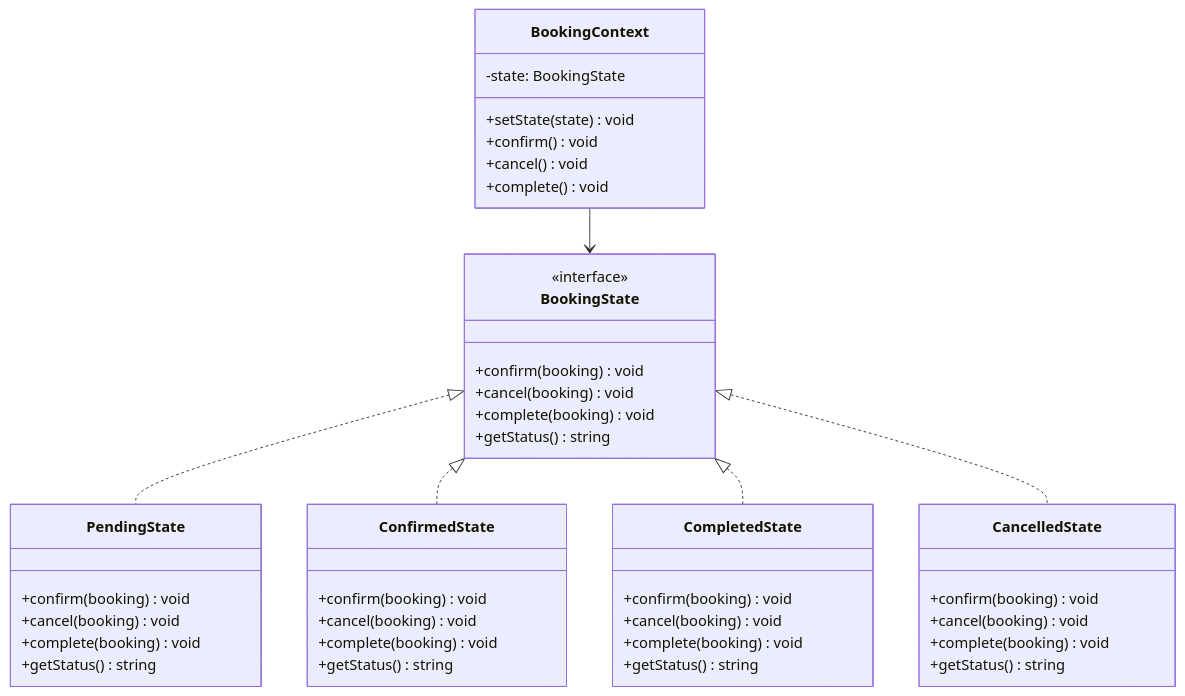
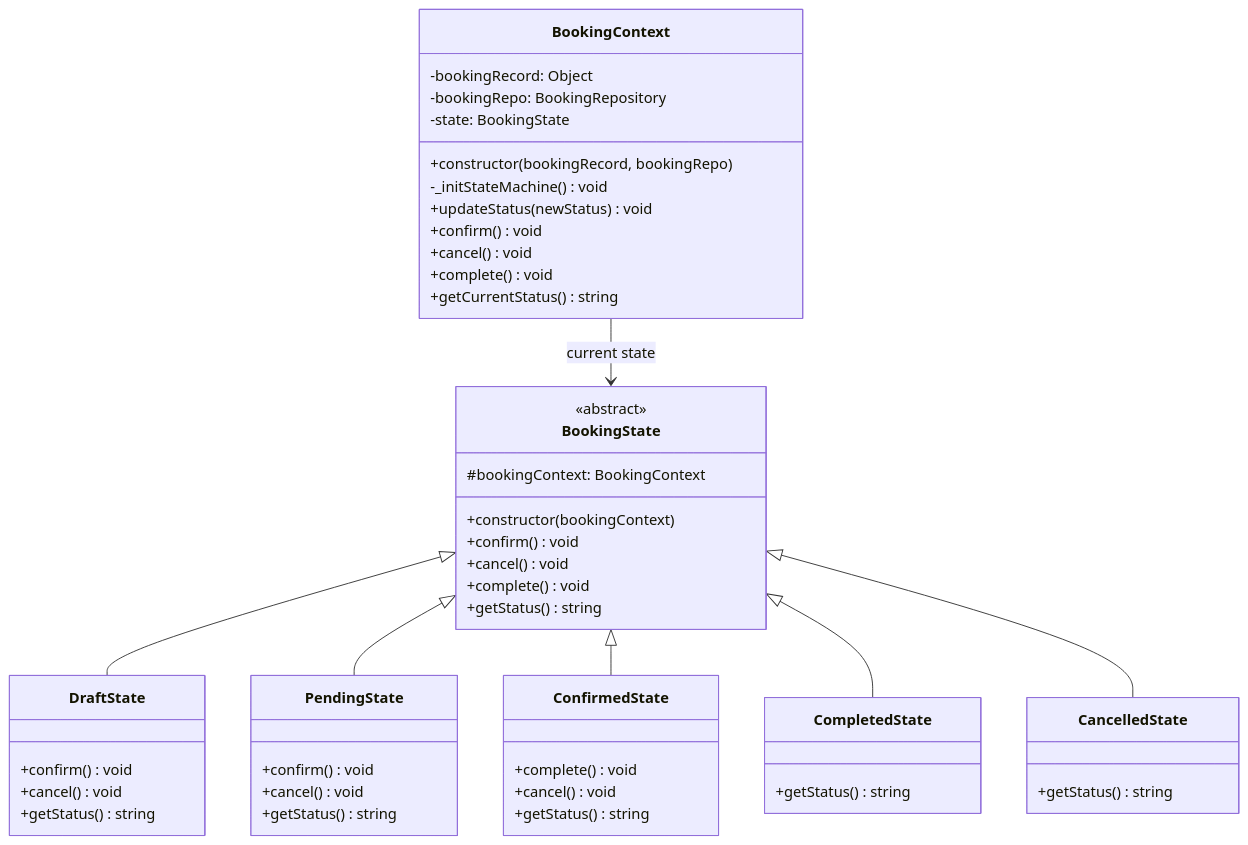
One commit to nguyensykimbang321-arch/KTvsTKPM changed the second of 6 diagrams in docs/design-patterns.md. Above: the diagram before and after it, drawn with Mermaid. The commit also changed other lines of this file and 7 other files, not shown here.

````diff
--- a/docs/design-patterns.md
+++ b/docs/design-patterns.md
@@ -172,52 +189,58 @@
 ```mermaid
 classDiagram
     class BookingState {
-        <<interface>>
-        +confirm(booking) void
-        +cancel(booking) void
-        +complete(booking) void
+        <<abstract>>
+        #bookingContext: BookingContext
+        +constructor(bookingContext)
+        +confirm() void
+        +cancel() void
+        +complete() void
+        +getStatus() string
+    }
+
+    class DraftState {
+        +confirm() void
+        +cancel() void
         +getStatus() string
     }
 
     class PendingState {
-        +confirm(booking) void
-        +cancel(booking) void
-        +complete(booking) void
+        +confirm() void
+        +cancel() void
         +getStatus() string
     }
 
     class ConfirmedState {
-        +confirm(booking) void
-        +cancel(booking) void
-        +complete(booking) void
+        +complete() void
+        +cancel() void
         +getStatus() string
     }
 
     class CompletedState {
-        +confirm(booking) void
-        +cancel(booking) void
-        +complete(booking) void
         +getStatus() string
     }
 
     class CancelledState {
-        +confirm(booking) void
-        +cancel(booking) void
-        +complete(booking) void
         +getStatus() string
     }
 
     class BookingContext {
+        -bookingRecord: Object
+        -bookingRepo: BookingRepository
         -state: BookingState
-        +setState(state) void
+        +constructor(bookingRecord, bookingRepo)
+        -_initStateMachine() void
+        +updateStatus(newStatus) void
         +confirm() void
         +cancel() void
         +complete() void
+        +getCurrentStatus() string
     }
 
-    BookingState <|.. PendingState
-    BookingState <|.. ConfirmedState
-    BookingState <|.. CompletedState
-    BookingState <|.. CancelledState
-    BookingContext --> BookingState
+    BookingState <|-- DraftState
+    BookingState <|-- PendingState
+    BookingState <|-- ConfirmedState
+    BookingState <|-- CompletedState
+    BookingState <|-- CancelledState
+    BookingContext --> BookingState : current state
 ```
````
